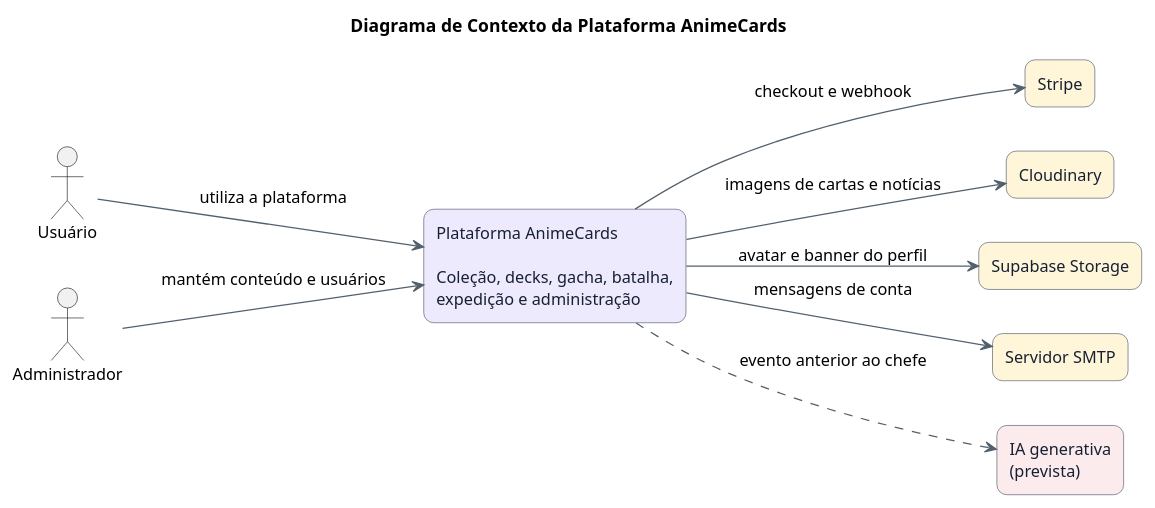
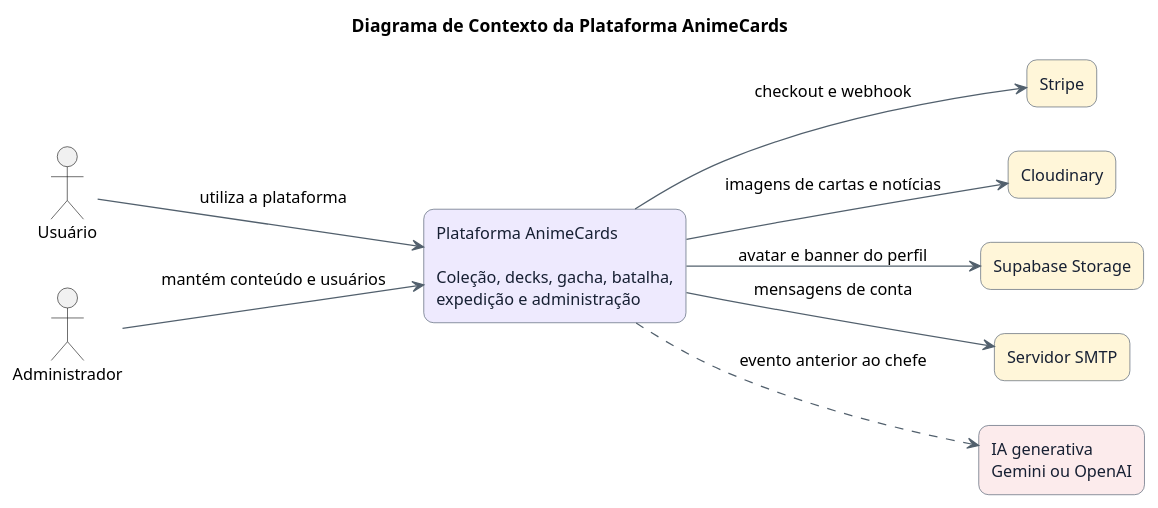
Before and after one commit to skoolag3/plataforma-web-rpg: the diagram in documentacao/diagramas/04-contexto.puml, drawn with PlantUML. The commit also changed 107 other files, not shown here.

```diff
--- a/documentacao/diagramas/04-contexto.puml
+++ b/documentacao/diagramas/04-contexto.puml
@@ -1,31 +1,31 @@
 @startuml
 title Diagrama de Contexto da Plataforma AnimeCards
 left to right direction
 skinparam backgroundColor #FFFFFF
 skinparam shadowing false
 skinparam roundcorner 16
 skinparam defaultFontName Arial
 skinparam defaultFontSize 13
 skinparam ArrowColor #52606D
 skinparam rectangle {
   BorderColor #475569
   FontColor #172033
 }
 
 actor "Usuário" as usuario
 actor "Administrador" as admin
 rectangle "Plataforma AnimeCards\n\nColeção, decks, gacha, batalha,\nexpedição e administração" as sistema #EEEAFE
 rectangle "Stripe" as stripe #FFF6D9
 rectangle "Cloudinary" as cloudinary #FFF6D9
 rectangle "Supabase Storage" as storage #FFF6D9
 rectangle "Servidor SMTP" as smtp #FFF6D9
-rectangle "IA generativa\n(prevista)" as ia #FCEBEC
+rectangle "IA generativa\nGemini ou OpenAI" as ia #FCEBEC
 
 usuario --> sistema : utiliza a plataforma
 admin --> sistema : mantém conteúdo e usuários
 sistema --> stripe : checkout e webhook
 sistema --> cloudinary : imagens de cartas e notícias
 sistema --> storage : avatar e banner do perfil
 sistema --> smtp : mensagens de conta
 sistema ..> ia : evento anterior ao chefe
 @enduml
```
